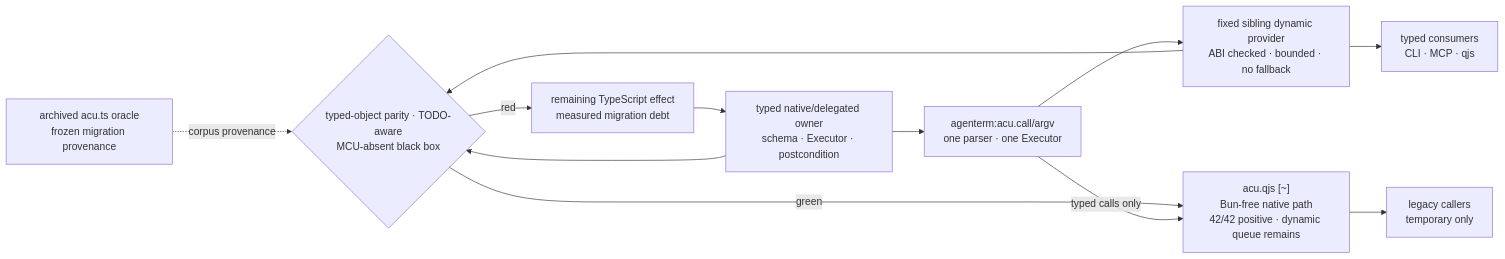
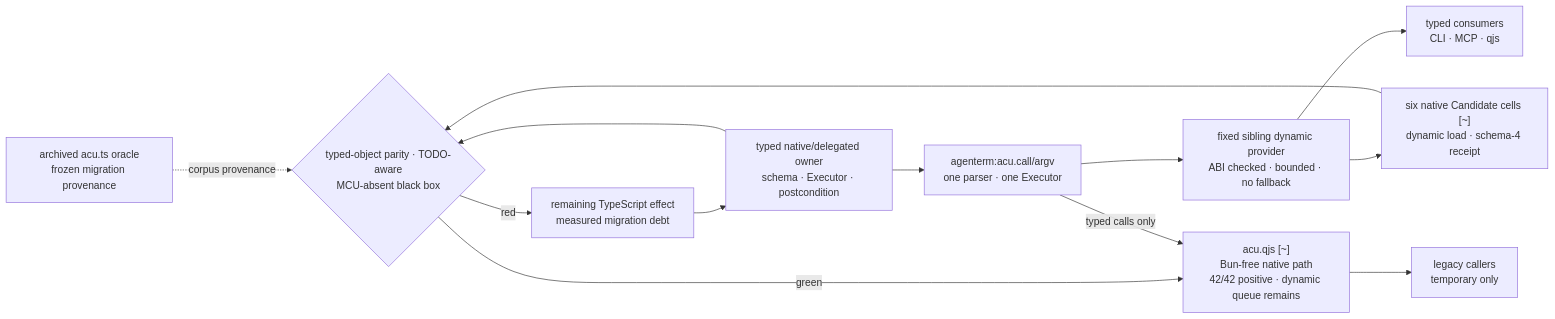
One commit to partnernetsoftware/agenterm changed the first of 19 diagrams in prd/PRD_02_28_agenterm_cu.md. Above: the diagram before and after it, drawn with Mermaid. The commit also changed other lines of this file and 11 other files, not shown here.

Commit message:
acu: qualify fixed-sibling provider in six cells

````diff
--- a/prd/PRD_02_28_agenterm_cu.md
+++ b/prd/PRD_02_28_agenterm_cu.md
@@ -187,19 +190,20 @@
   ```mermaid
   flowchart LR
     TS["archived acu.ts oracle<br/>frozen migration provenance"]
     OWNER["typed native/delegated owner<br/>schema · Executor · postcondition"]
     OBJ["agenterm:acu.call/argv<br/>one parser · one Executor"]
     PROVIDER["fixed sibling dynamic provider<br/>ABI checked · bounded · no fallback"]
+    COURT["six native Candidate cells [~]<br/>dynamic load · schema-4 receipt"]
     GATE{"typed-object parity · TODO-aware<br/>MCU-absent black box"}
     QJS["acu.qjs [~]<br/>Bun-free native path<br/>42/42 positive · dynamic queue remains"]
     USERS["typed consumers<br/>CLI · MCP · qjs"]
     LEGACY["legacy callers<br/>temporary only"]
     DEBT["remaining TypeScript effect<br/>measured migration debt"]
     OWNER --> OBJ --> PROVIDER --> USERS
+    PROVIDER --> COURT --> GATE
     TS -. corpus provenance .-> GATE
     OWNER --> GATE
-    PROVIDER --> GATE
     GATE -->|red| DEBT --> OWNER
     GATE -->|green| QJS --> LEGACY
     OBJ -->|typed calls only| QJS
   ```
````
